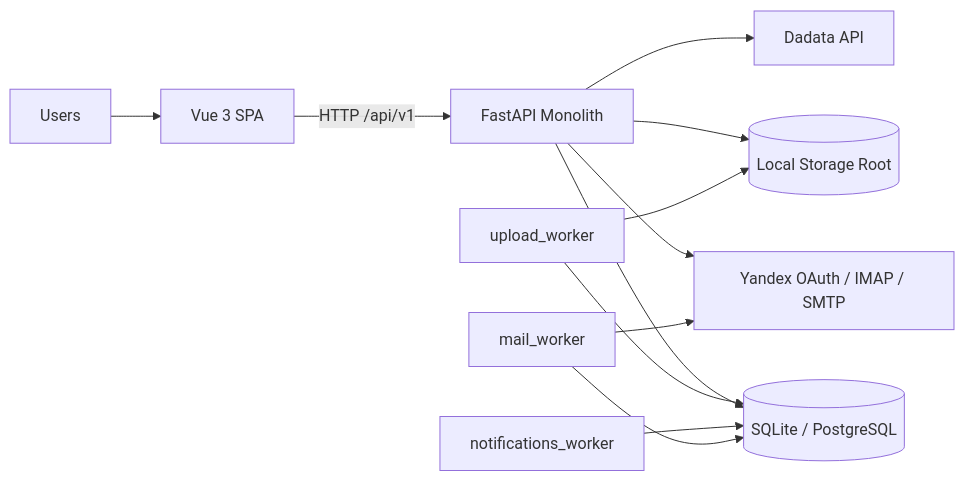
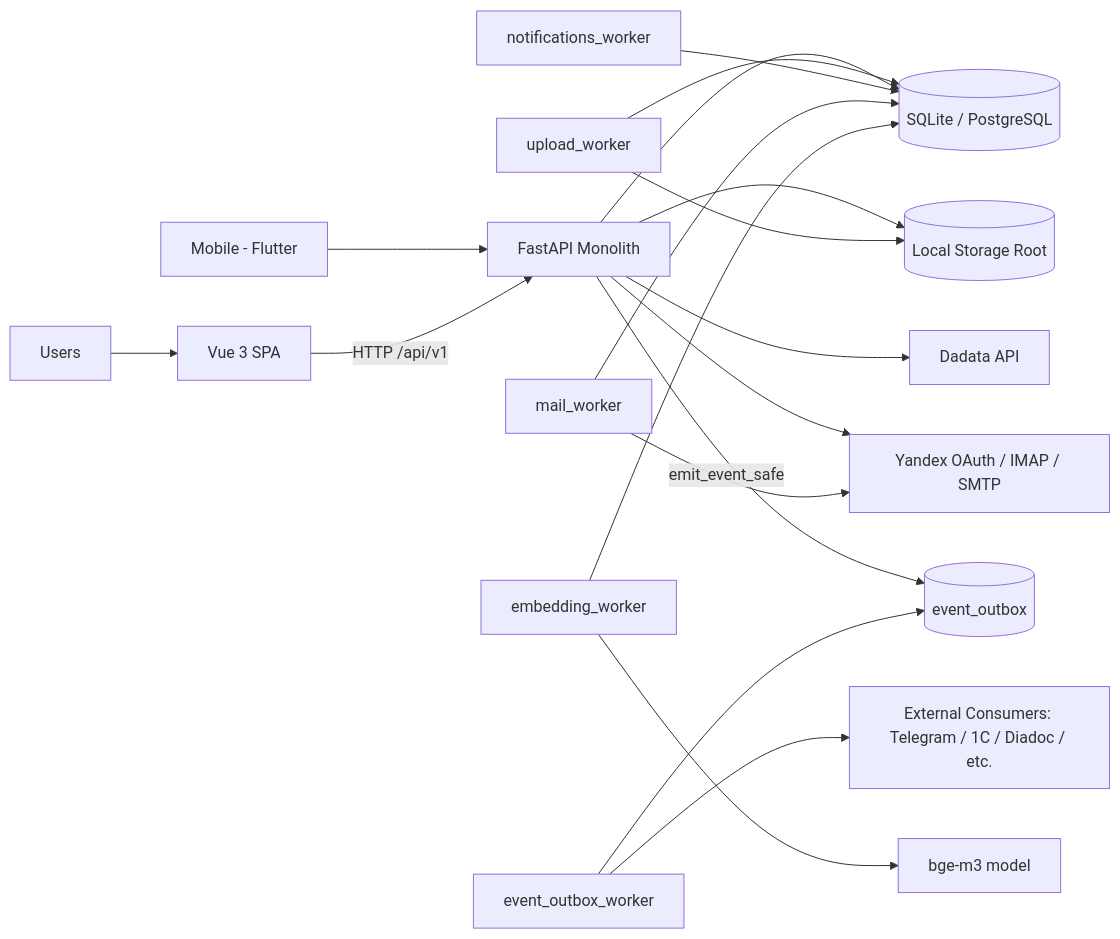
Before and after one commit to Illaevs/MPB: the first of 2 diagrams in README.md, drawn with Mermaid. The commit also changed other lines of this file and 17 other files, not shown here.

````diff
--- a/README.md
+++ b/README.md
@@ -14,15 +17,23 @@
 ```mermaid
 flowchart LR
     U[Users] --> FE[Vue 3 SPA]
+    M[Mobile - Flutter] --> BE
     FE -->|HTTP /api/v1| BE[FastAPI Monolith]
     BE --> DB[(SQLite / PostgreSQL)]
     BE --> FS[(Local Storage Root)]
     BE --> DD[Dadata API]
     BE --> YA[Yandex OAuth / IMAP / SMTP]
 
     UW[upload_worker] --> DB
     UW --> FS
     NW[notifications_worker] --> DB
     MW[mail_worker] --> DB
     MW --> YA
+
+    BE -->|emit_event_safe| OUT[(event_outbox)]
+    EBW[event_outbox_worker] --> OUT
+    EBW --> EXT[External Consumers: Telegram / 1C / Diadoc / etc.]
+
+    EW[embedding_worker] --> DB
+    EW --> MODEL[bge-m3 model]
 ```
````
